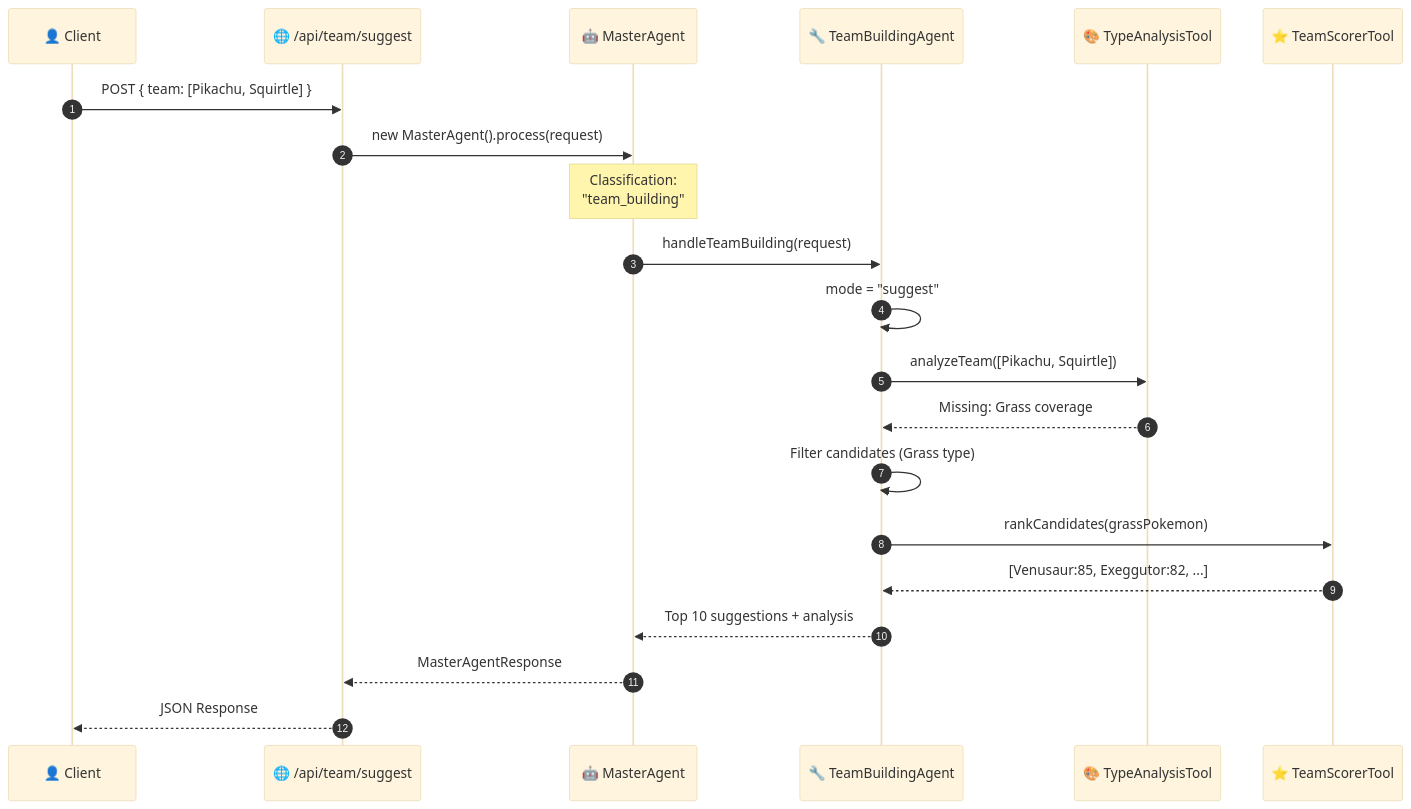
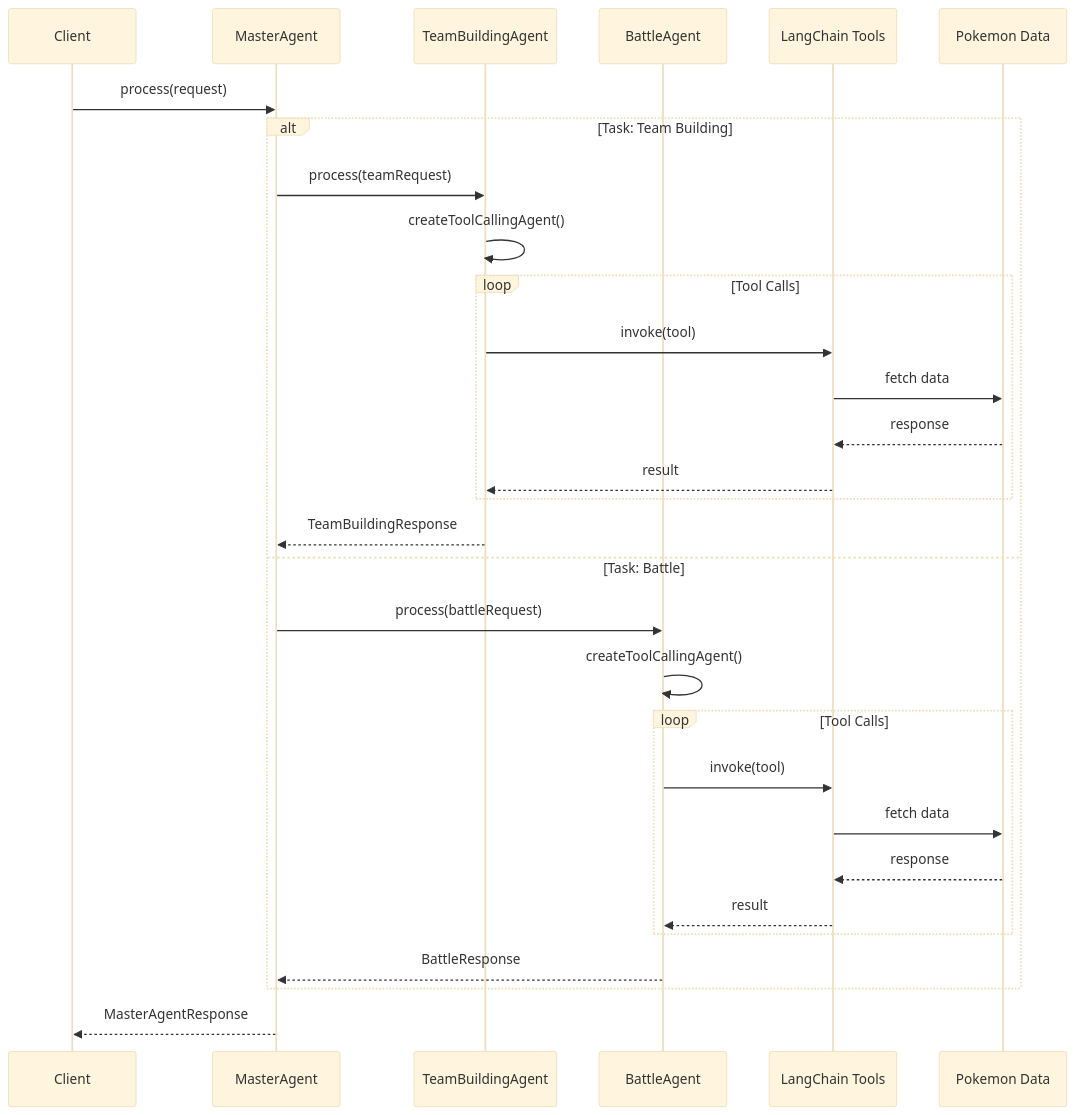
One commit to Thibault-megard1/pokedex-ai-v2 changed the second of 3 diagrams in docs/vrai_docs/ok.md. Above: the diagram before and after it, drawn with Mermaid (base theme). The commit also changed other lines of this file and 13 other files, not shown here.

First line of the commit message:
feat: add TeamBuildingAgent and battle tools for Pokémon team analysis and combat decisions

````diff
--- a/docs/vrai_docs/ok.md
+++ b/docs/vrai_docs/ok.md
@@ -258,31 +85,35 @@
 ```mermaid
 sequenceDiagram
-    autonumber
+    participant C as Client
+    participant M as MasterAgent
+    participant T as TeamBuildingAgent
+    participant B as BattleAgent
+    participant Tools as LangChain Tools
+    participant Data as Pokemon Data
     
-    participant C as 👤 Client
-    participant API as 🌐 /api/team/suggest
-    participant MA as 🤖 MasterAgent
-    participant TBA as 🔧 TeamBuildingAgent
-    participant TAT as 🎨 TypeAnalysisTool
-    participant TST as ⭐ TeamScorerTool
+    C->>M: process(request)
     
-    C->>API: POST { team: [Pikachu, Squirtle] }
-    API->>MA: new MasterAgent().process(request)
+    alt Task: Team Building
+        M->>T: process(teamRequest)
+        T->>T: createToolCallingAgent()
+        loop Tool Calls
+            T->>Tools: invoke(tool)
+            Tools->>Data: fetch data
+            Data-->>Tools: response
+            Tools-->>T: result
+        end
+        T-->>M: TeamBuildingResponse
+    else Task: Battle
+        M->>B: process(battleRequest)
+        B->>B: createToolCallingAgent()
+        loop Tool Calls
+            B->>Tools: invoke(tool)
+            Tools->>Data: fetch data
+            Data-->>Tools: response
+            Tools-->>B: result
+        end
+        B-->>M: BattleResponse
+    end
     
-    Note over MA: Classification:<br/>"team_building"
-    
-    MA->>TBA: handleTeamBuilding(request)
-    TBA->>TBA: mode = "suggest"
-    
-    TBA->>TAT: analyzeTeam([Pikachu, Squirtle])
-    TAT-->>TBA: Missing: Grass coverage
-    
-    TBA->>TBA: Filter candidates (Grass type)
-    
-    TBA->>TST: rankCandidates(grassPokemon)
-    TST-->>TBA: [Venusaur:85, Exeggutor:82, ...]
-    
-    TBA-->>MA: Top 10 suggestions + analysis
-    MA-->>API: MasterAgentResponse
-    API-->>C: JSON Response
+    M-->>C: MasterAgentResponse
 ```
````
